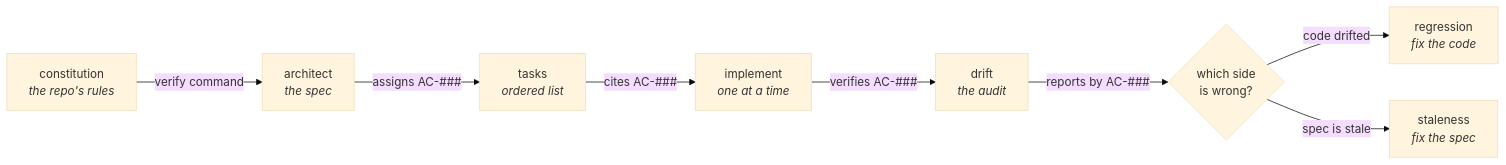
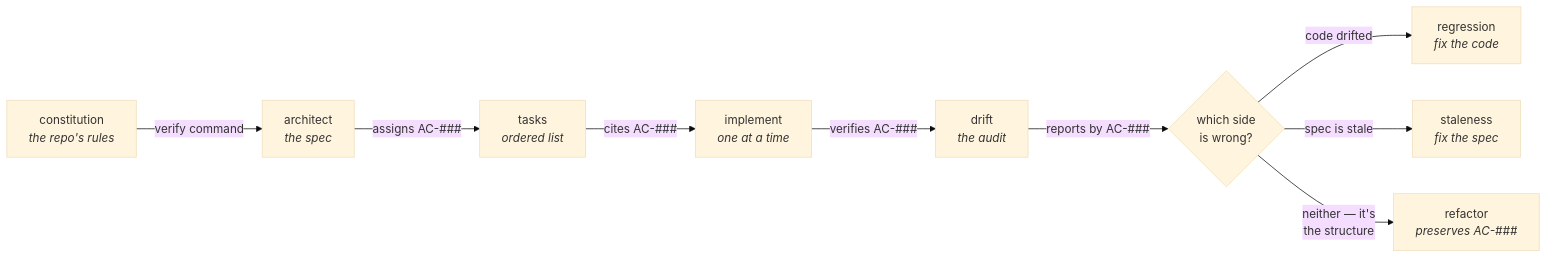
One commit to DahanItamar/spec-architect changed the diagram in README.md. Above: the diagram before and after it, drawn with Mermaid (base theme). The commit also changed other lines of this file and 19 other files, not shown here.

First line of the commit message:
Spec Architect 3.0: add spec-refactor as stage 6

````diff
--- a/README.md
+++ b/README.md
@@ -36,12 +36,13 @@
 ```mermaid
 flowchart LR
     C["constitution<br/><i>the repo's rules</i>"] -- "verify command" --> A
 
     A["architect<br/><i>the spec</i>"] -- "assigns AC-###" --> T
     T["tasks<br/><i>ordered list</i>"] -- "cites AC-###" --> I
     I["implement<br/><i>one at a time</i>"] -- "verifies AC-###" --> D
     D["drift<br/><i>the audit</i>"] -- "reports by AC-###" --> V{"which side<br/>is wrong?"}
 
     V -- "code drifted" --> R["regression<br/><i>fix the code</i>"]
     V -- "spec is stale" --> S["staleness<br/><i>fix the spec</i>"]
+    V -- "neither — it's<br/>the structure" --> F["refactor<br/><i>preserves AC-###</i>"]
 ```
````
